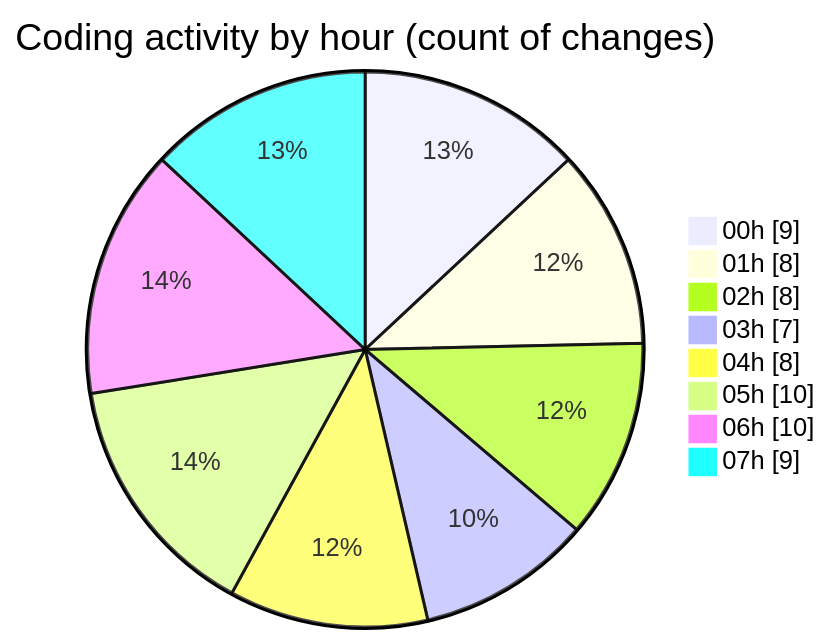
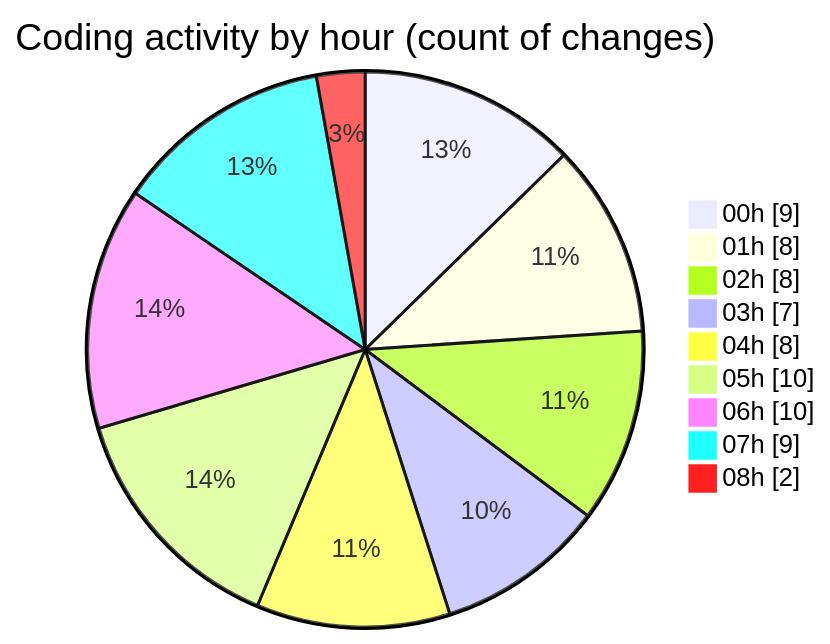
The second of 2 diagrams in 2025-07-14/telebot/README.md (jrari/code-tracking), drawn with Mermaid before and after one commit. The commit also changed other lines of this file and 1 other file, not shown here.

````diff
--- a/2025-07-14/telebot/README.md
+++ b/2025-07-14/telebot/README.md
@@ -55,12 +56,13 @@
 ```mermaid
 pie showData
 title Coding activity by hour (count of changes)
 "00h" : 9
 "01h" : 8
 "02h" : 8
 "03h" : 7
 "04h" : 8
 "05h" : 10
 "06h" : 10
 "07h" : 9
+"08h" : 2
 ```
````
